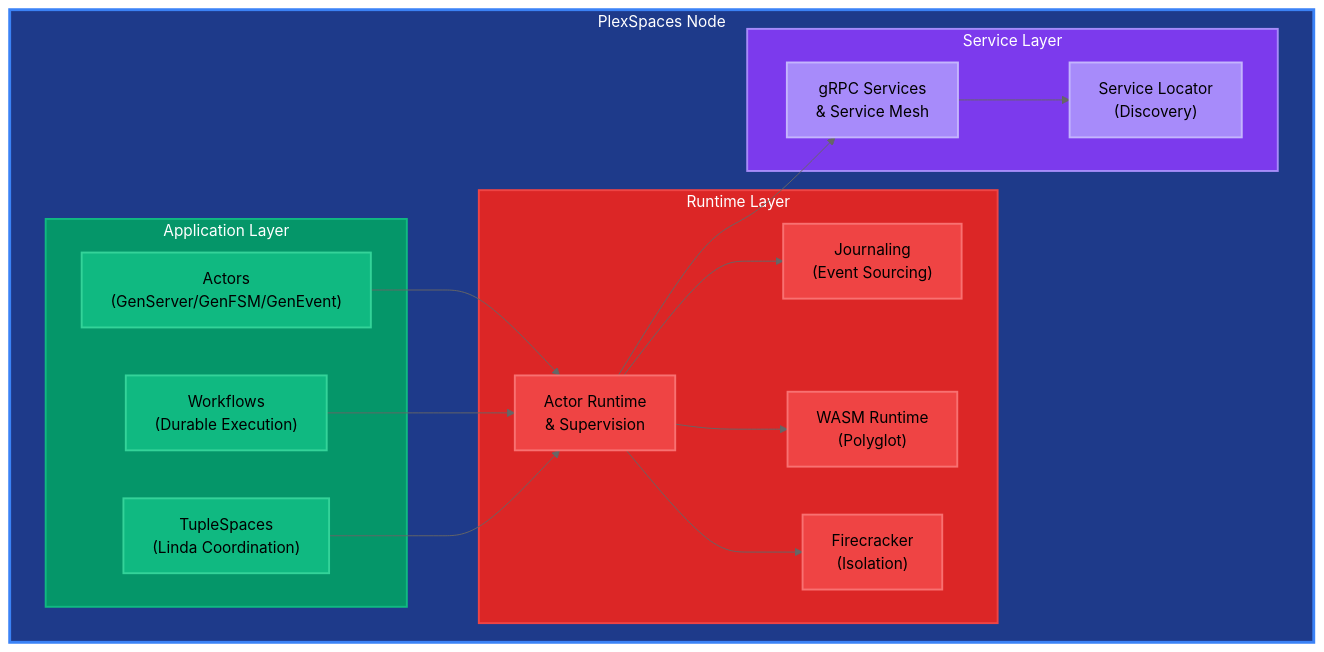
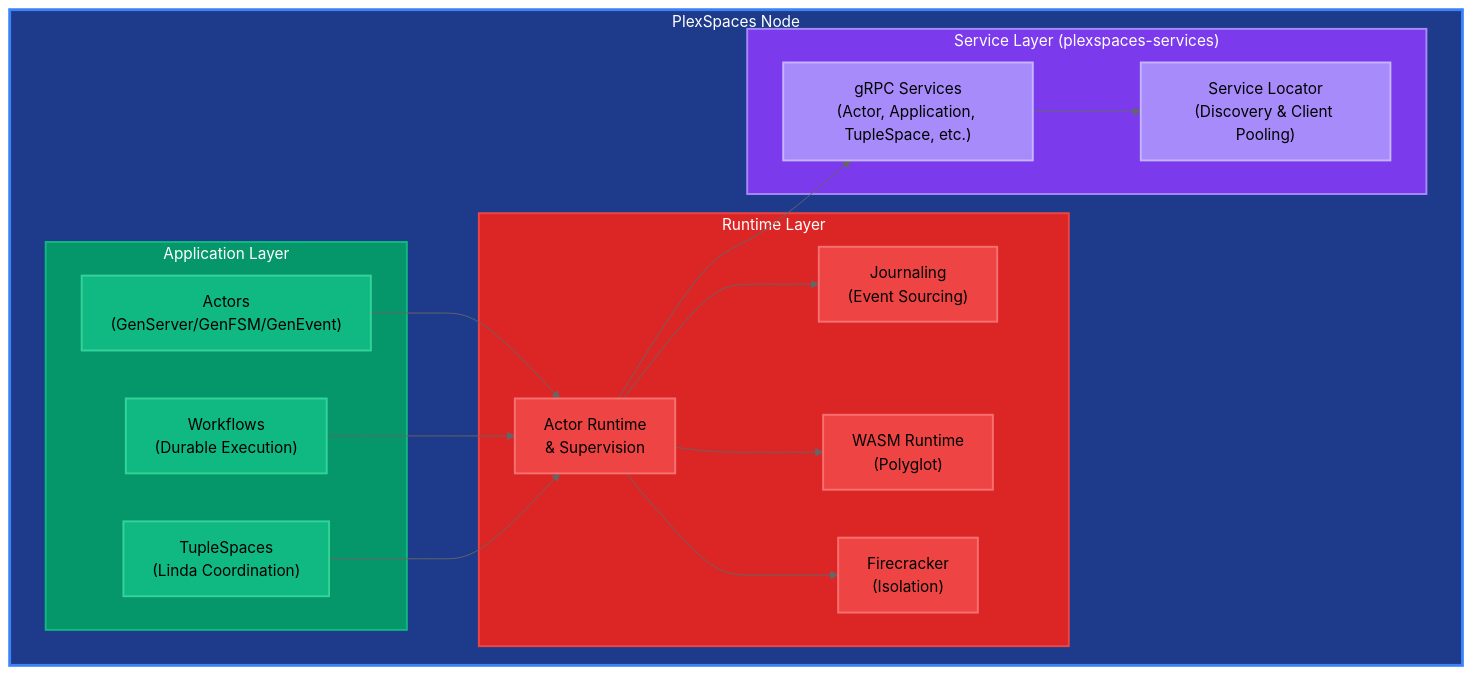
One commit to bhatti/PlexSpaces changed the seventh of 13 diagrams in docs/architecture.md. Above: the diagram before and after it, drawn with Mermaid (neutral theme). The commit also changed 365 other files, not shown here.

````diff
--- a/docs/architecture.md
+++ b/docs/architecture.md
@@ -238,45 +238,45 @@
 ```mermaid
 graph TB
     subgraph Node["PlexSpaces Node"]
         subgraph AppLayer["Application Layer"]
             Actors["Actors<br/>(GenServer/GenFSM/GenEvent)"]
             Workflows["Workflows<br/>(Durable Execution)"]
             TupleSpaces["TupleSpaces<br/>(Linda Coordination)"]
         end
         
         subgraph RuntimeLayer["Runtime Layer"]
             ActorRuntime["Actor Runtime<br/>& Supervision"]
             Journaling["Journaling<br/>(Event Sourcing)"]
             WASMRuntime["WASM Runtime<br/>(Polyglot)"]
             Firecracker["Firecracker<br/>(Isolation)"]
         end
         
-        subgraph ServiceLayer["Service Layer"]
-            GRPCServices["gRPC Services<br/>& Service Mesh"]
-            ServiceLocator["Service Locator<br/>(Discovery)"]
+        subgraph ServiceLayer["Service Layer (plexspaces-services)"]
+            GRPCServices["gRPC Services<br/>(Actor, Application, TupleSpace, etc.)"]
+            ServiceLocator["Service Locator<br/>(Discovery & Client Pooling)"]
         end
     end
     
     Actors --> ActorRuntime
     Workflows --> ActorRuntime
     TupleSpaces --> ActorRuntime
     ActorRuntime --> Journaling
     ActorRuntime --> WASMRuntime
     ActorRuntime --> Firecracker
     ActorRuntime --> GRPCServices
     GRPCServices --> ServiceLocator
     
     style Node fill:#1e3a8a,stroke:#3b82f6,stroke-width:3px,color:#fff
     style AppLayer fill:#059669,stroke:#10b981,stroke-width:2px,color:#fff
     style RuntimeLayer fill:#dc2626,stroke:#ef4444,stroke-width:2px,color:#fff
     style ServiceLayer fill:#7c3aed,stroke:#a78bfa,stroke-width:2px,color:#fff
     style Actors fill:#10b981,stroke:#34d399,stroke-width:2px,color:#000
     style Workflows fill:#10b981,stroke:#34d399,stroke-width:2px,color:#000
     style TupleSpaces fill:#10b981,stroke:#34d399,stroke-width:2px,color:#000
     style ActorRuntime fill:#ef4444,stroke:#f87171,stroke-width:2px,color:#000
     style Journaling fill:#ef4444,stroke:#f87171,stroke-width:2px,color:#000
     style WASMRuntime fill:#ef4444,stroke:#f87171,stroke-width:2px,color:#000
     style Firecracker fill:#ef4444,stroke:#f87171,stroke-width:2px,color:#000
     style GRPCServices fill:#a78bfa,stroke:#c4b5fd,stroke-width:2px,color:#000
     style ServiceLocator fill:#a78bfa,stroke:#c4b5fd,stroke-width:2px,color:#000
 ```
````
